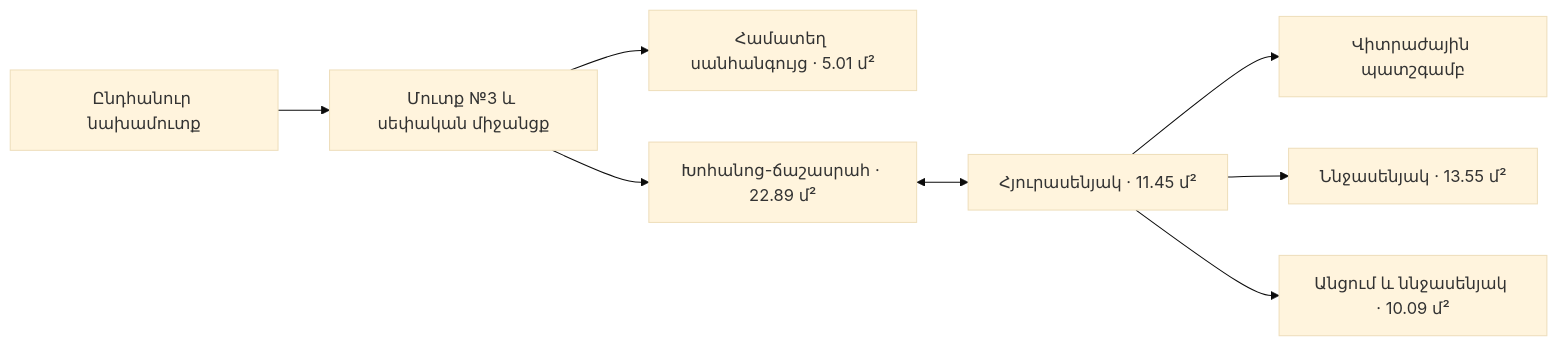
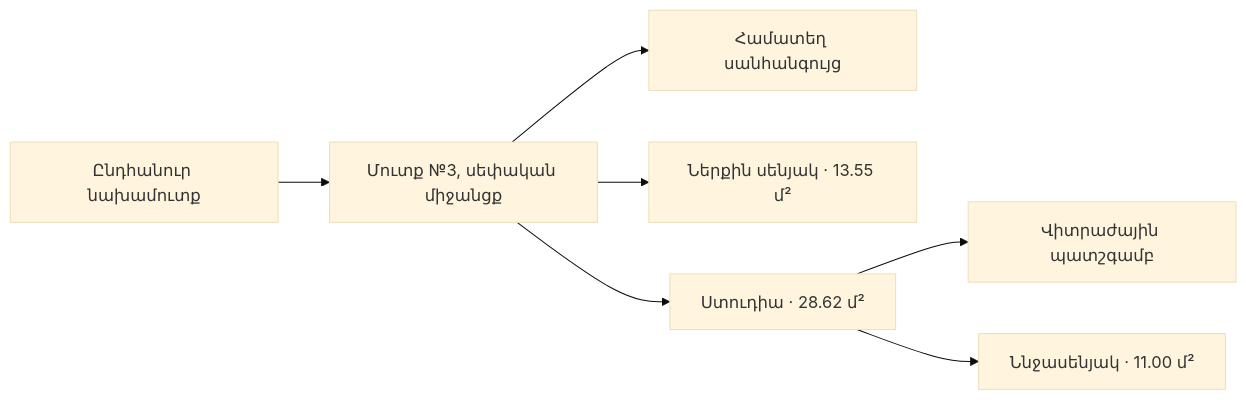
Before and after one commit to gourgen-grigoryan/apartment-replanning-2026: the diagram in README.md, drawn with Mermaid (base theme). The commit also changed other lines of this file and 23 other files, not shown here.

````diff
--- a/README.md
+++ b/README.md
@@ -11,10 +13,9 @@
 ```mermaid
 flowchart LR
-    A["Ընդհանուր նախամուտք"] --> B["Մուտք №3 և սեփական միջանցք"]
-    B --> C["Համատեղ սանհանգույց · 5.01 մ²"]
-    B --> D["Խոհանոց-ճաշասրահ · 22.89 մ²"]
-    D <--> E["Հյուրասենյակ · 11.45 մ²"]
+    A["Ընդհանուր նախամուտք"] --> B["Մուտք №3, սեփական միջանցք"]
+    B --> C["Համատեղ սանհանգույց"]
+    B --> D["Ներքին սենյակ · 13.55 մ²"]
+    B --> E["Ստուդիա · 28.62 մ²"]
     E --> F["Վիտրաժային պատշգամբ"]
-    E --> G["Ննջասենյակ · 13.55 մ²"]
-    E --> H["Անցում և ննջասենյակ · 10.09 մ²"]
+    E --> G["Ննջասենյակ · 11.00 մ²"]
 ```
````
